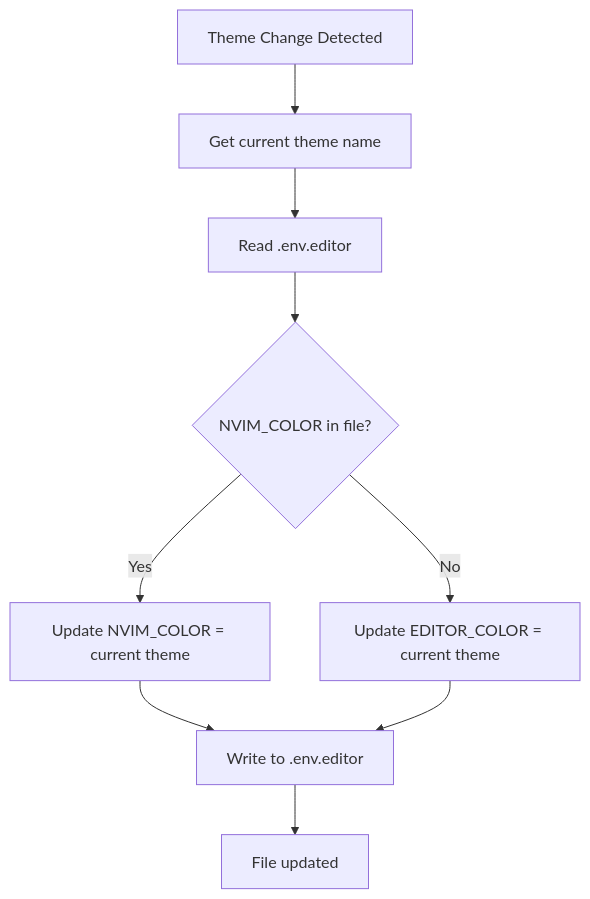
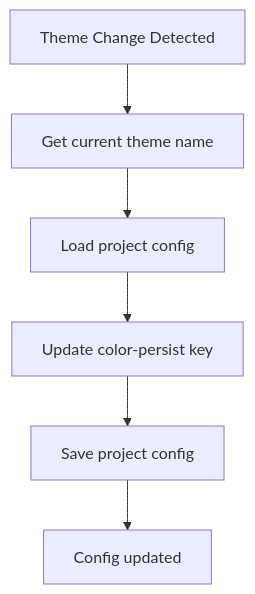
One commit to rektide/color-persist-nvim changed the second of 2 diagrams in nvim/README.md. Above: the diagram before and after it, drawn with Mermaid. The commit also changed other lines of this file and 8 other files, not shown here.

````diff
--- a/nvim/README.md
+++ b/nvim/README.md
@@ -83,11 +77,8 @@
 ```mermaid
 flowchart TD
     A[Theme Change Detected] --> B[Get current theme name]
-    B --> C[Read .env.editor]
-    C --> D{NVIM_COLOR in file?}
-    D -->|Yes| E[Update NVIM_COLOR = current theme]
-    D -->|No| F[Update EDITOR_COLOR = current theme]
-    E --> G[Write to .env.editor]
-    F --> G
-    G --> H[File updated]
+    B --> C[Load project config]
+    C --> D[Update color-persist key]
+    D --> E[Save project config]
+    E --> F[Config updated]
 ```
````
